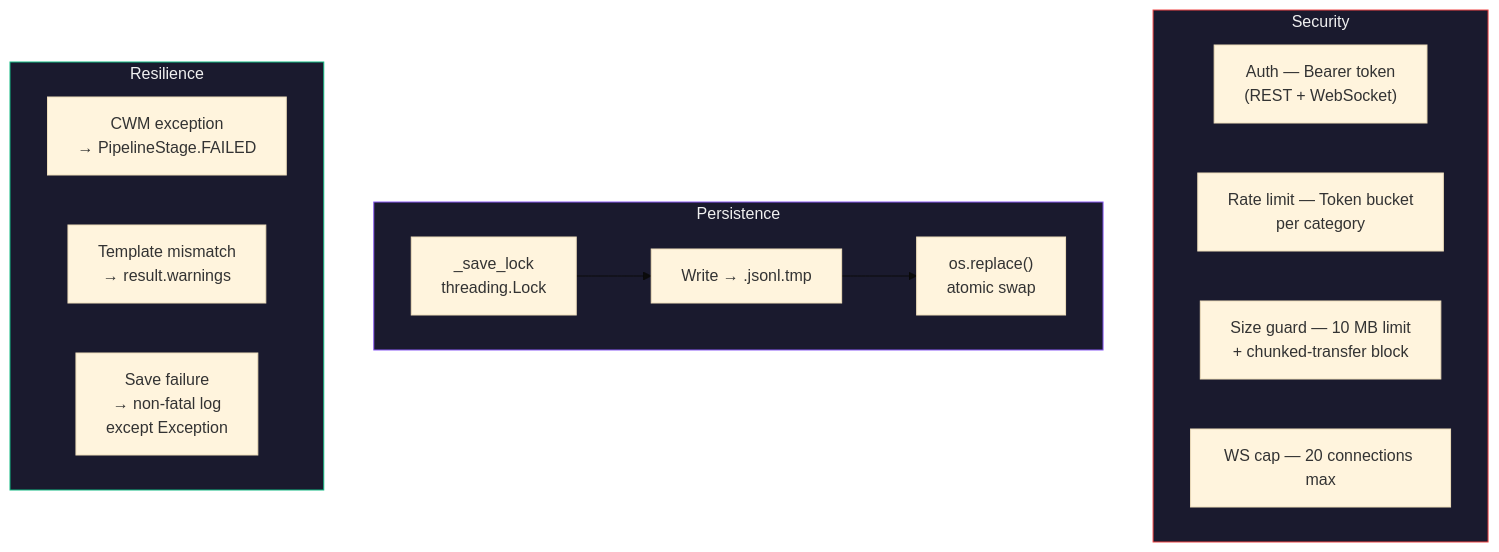
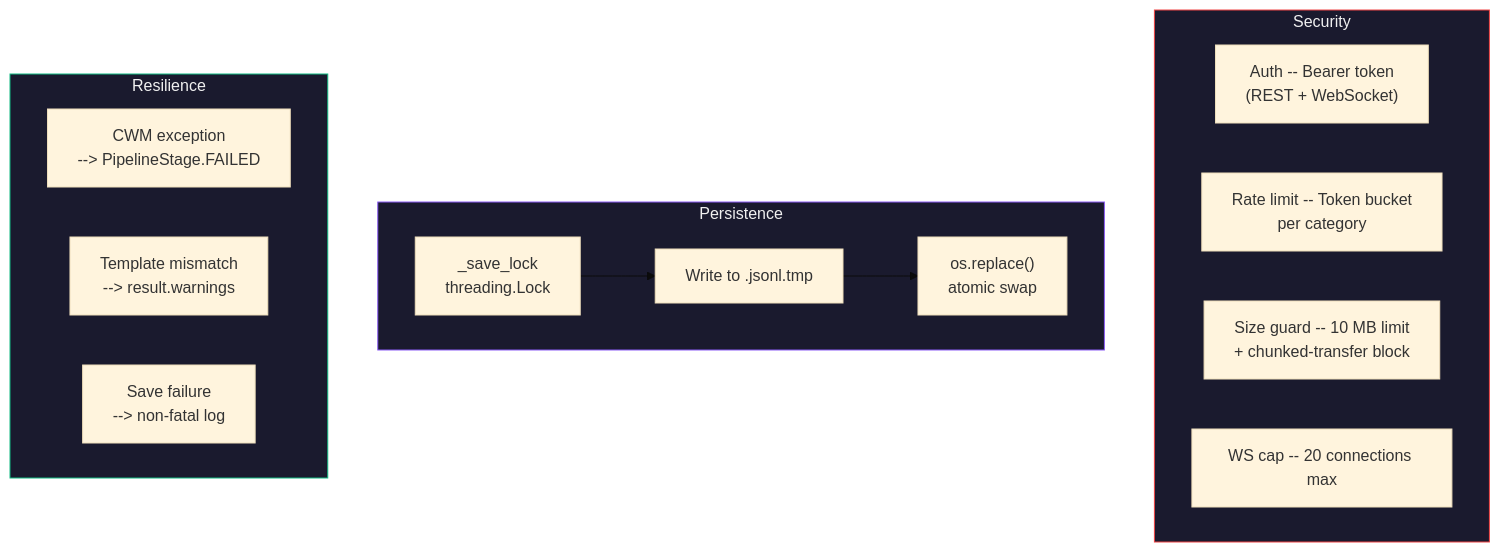
Diagram 17 of 17 in README.md (JosephOIbrahim/Comfy-Cozy), drawn with Mermaid (base theme) before and after one commit. The commit also changed other lines of this file, not shown here.

First line of the commit message:
docs: ADHD-friendly README — symlink install, scannable steps, updated diagrams

````diff
--- a/README.md
+++ b/README.md
@@ -724,24 +782,24 @@
 ```mermaid
 graph TB
     subgraph Sec ["Security"]
-        A1["Auth — Bearer token\n(REST + WebSocket)"]
-        A2["Rate limit — Token bucket\nper category"]
-        A3["Size guard — 10 MB limit\n+ chunked-transfer block"]
-        A4["WS cap — 20 connections max"]
+        A1["Auth -- Bearer token<br/>(REST + WebSocket)"]
+        A2["Rate limit -- Token bucket<br/>per category"]
+        A3["Size guard -- 10 MB limit<br/>+ chunked-transfer block"]
+        A4["WS cap -- 20 connections max"]
     end
     subgraph Atom ["Persistence"]
-        B1["_save_lock\nthreading.Lock"]
-        B2["Write → .jsonl.tmp"]
-        B3["os.replace()\natomic swap"]
+        B1["_save_lock<br/>threading.Lock"]
+        B2["Write to .jsonl.tmp"]
+        B3["os.replace()<br/>atomic swap"]
         B1 --> B2 --> B3
     end
     subgraph Resil ["Resilience"]
-        C1["CWM exception\n→ PipelineStage.FAILED"]
-        C2["Template mismatch\n→ result.warnings"]
-        C3["Save failure\n→ non-fatal log\nexcept Exception"]
+        C1["CWM exception<br/>--> PipelineStage.FAILED"]
+        C2["Template mismatch<br/>--> result.warnings"]
+        C3["Save failure<br/>--> non-fatal log"]
     end
 
     style Sec fill:#1a1a2e,color:#F0F0F0,stroke:#ef4444
     style Atom fill:#1a1a2e,color:#F0F0F0,stroke:#8b5cf6
     style Resil fill:#1a1a2e,color:#F0F0F0,stroke:#10b981
 ```
````
